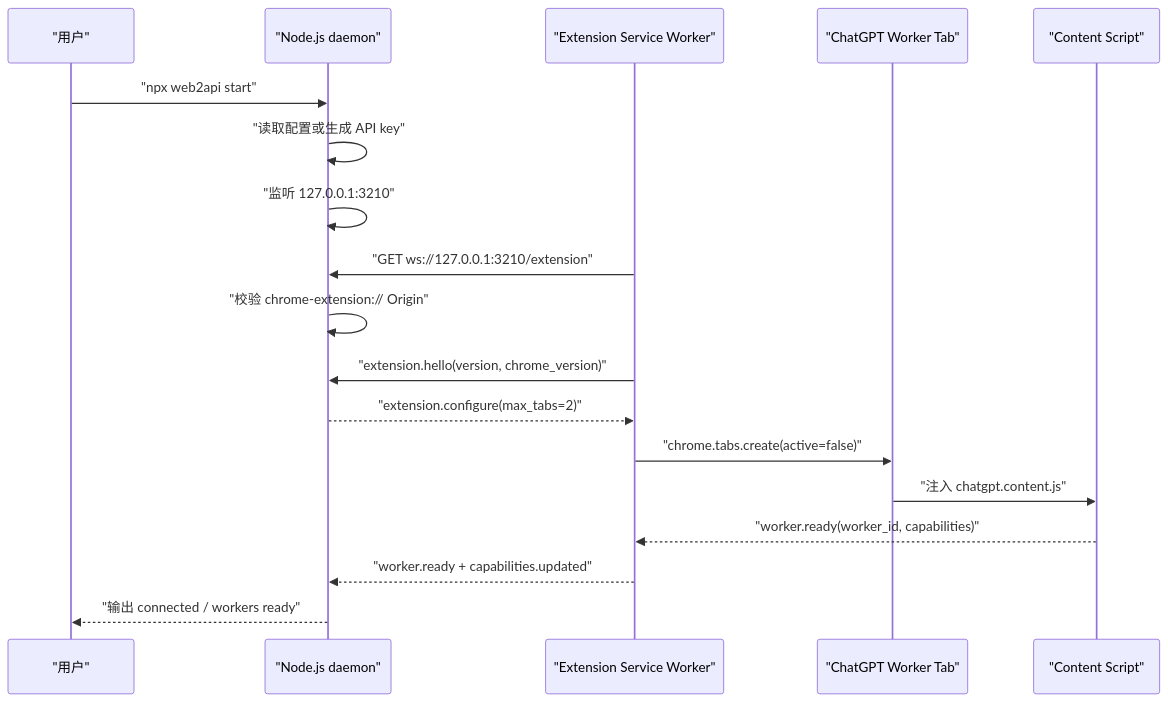
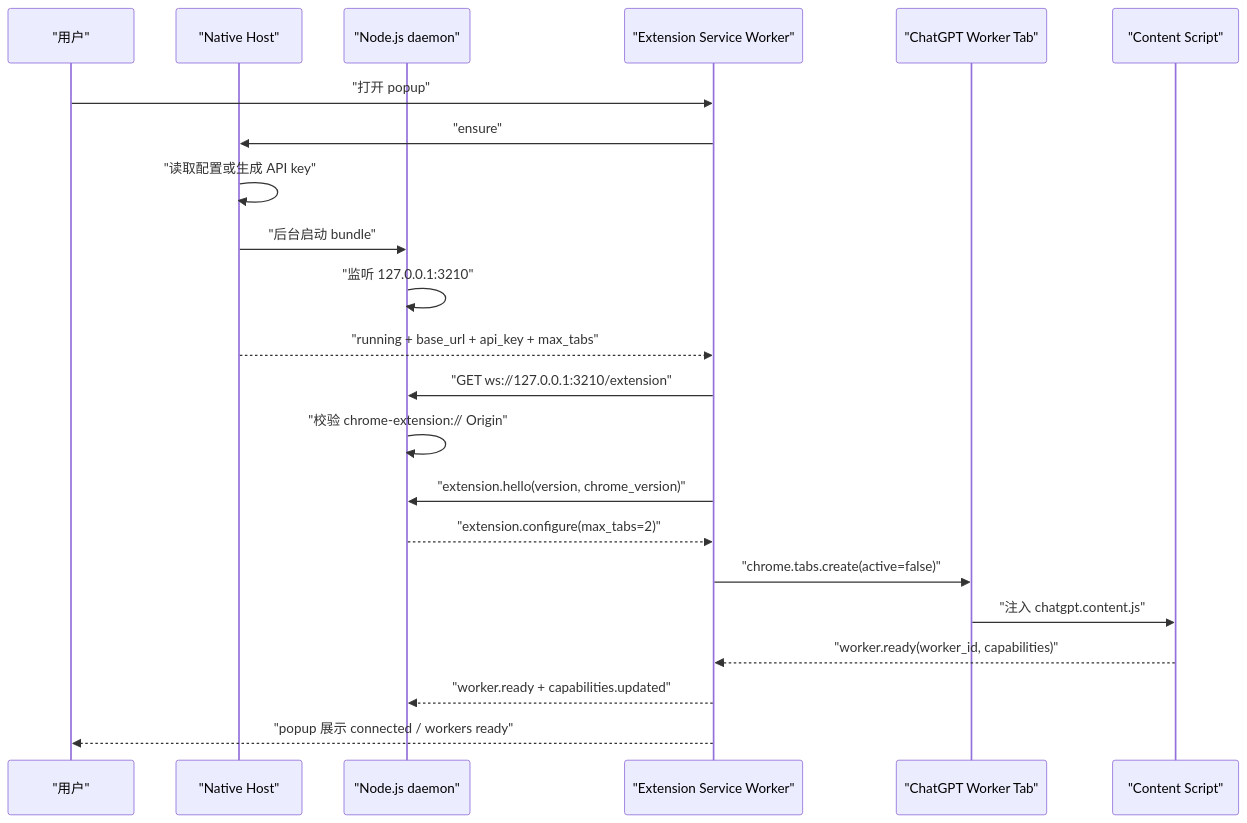
The fourth of 7 diagrams in docs/v001/tech-design.md (glidea/web2api), drawn with Mermaid before and after one commit. The commit also changed other lines of this file and 26 other files, not shown here.

````diff
--- a/docs/v001/tech-design.md
+++ b/docs/v001/tech-design.md
@@ -490,21 +513,25 @@
 ```mermaid
 sequenceDiagram
     participant U as "用户"
+    participant N as "Native Host"
     participant D as "Node.js daemon"
     participant E as "Extension Service Worker"
     participant T as "ChatGPT Worker Tab"
     participant P as "Content Script"
 
-    U->>D: "npx web2api start"
-    D->>D: "读取配置或生成 API key"
+    U->>E: "打开 popup"
+    E->>N: "ensure"
+    N->>N: "读取配置或生成 API key"
+    N->>D: "后台启动 bundle"
     D->>D: "监听 127.0.0.1:3210"
+    N-->>E: "running + base_url + api_key + max_tabs"
     E->>D: "GET ws://127.0.0.1:3210/extension"
     D->>D: "校验 chrome-extension:// Origin"
     E->>D: "extension.hello(version, chrome_version)"
     D-->>E: "extension.configure(max_tabs=2)"
     E->>T: "chrome.tabs.create(active=false)"
     T->>P: "注入 chatgpt.content.js"
     P-->>E: "worker.ready(worker_id, capabilities)"
     E-->>D: "worker.ready + capabilities.updated"
-    D-->>U: "输出 connected / workers ready"
+    E-->>U: "popup 展示 connected / workers ready"
 ```
````
